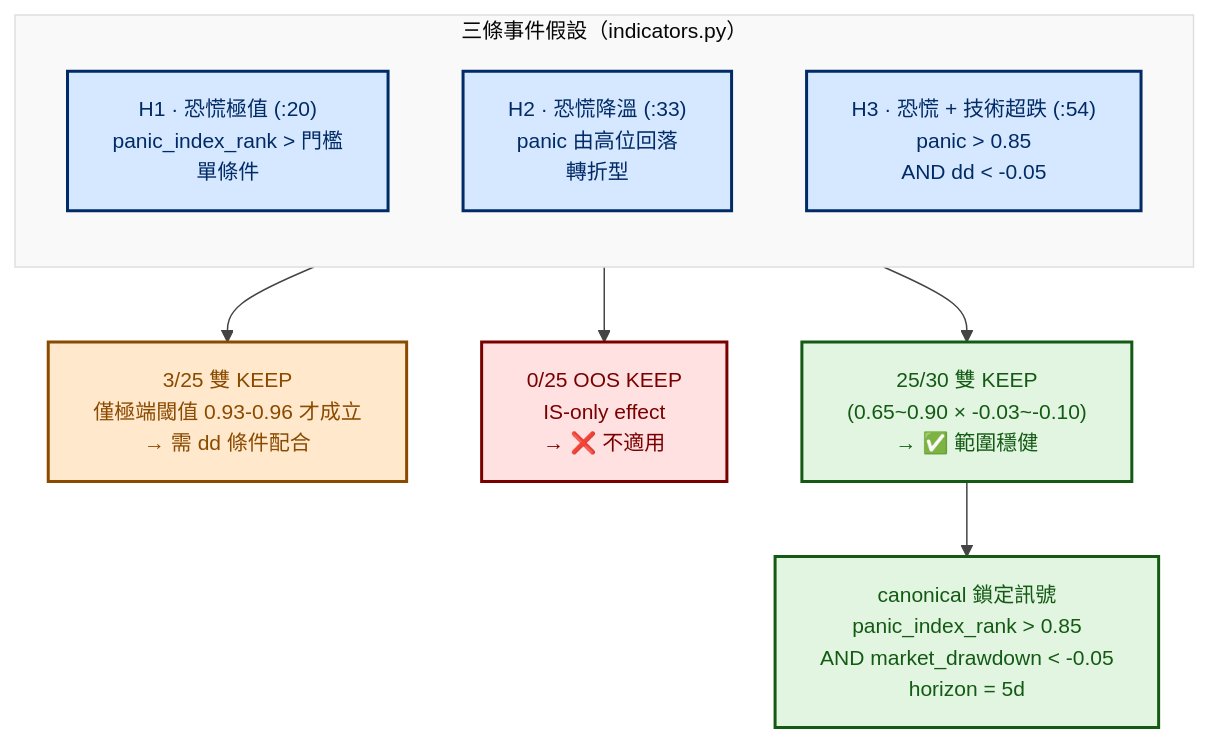
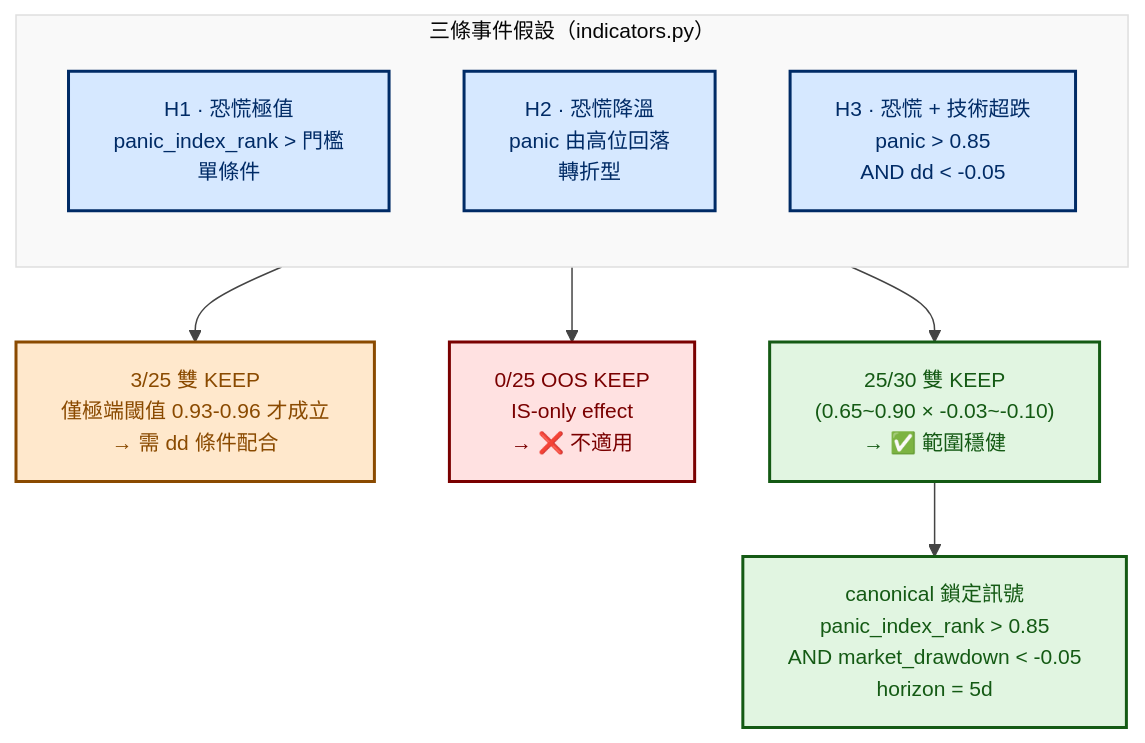
The second of 4 diagrams in flowcharts/market_risk_studies/fingpt_panic_rebound.md (Jang-jhih/quant-interview-prep), drawn with Mermaid before and after one commit. The commit also changed other lines of this file and 12 other files, not shown here.

````diff
--- a/flowcharts/market_risk_studies/fingpt_panic_rebound.md
+++ b/flowcharts/market_risk_studies/fingpt_panic_rebound.md
@@ -83,27 +83,27 @@
 ```mermaid
 %%{init: {'theme':'base', 'themeVariables': {'primaryColor':'#ececec','primaryTextColor':'#1a1a1a','primaryBorderColor':'#666666','lineColor':'#444444','fontSize':'14px'}}}%%
 flowchart TB
     classDef hyp fill:#d6e8ff,stroke:#002b66,stroke-width:2px,color:#002b66
     classDef keep fill:#e1f5e1,stroke:#145a14,stroke-width:2px,color:#145a14
     classDef discard fill:#ffe1e1,stroke:#7a0000,stroke-width:2px,color:#7a0000
     classDef partial fill:#ffe8cc,stroke:#8a4a00,stroke-width:2px,color:#8a4a00
 
     subgraph H["三條事件假設（indicators.py）"]
         direction TB
-        H1["H1 · 恐慌極值 (:20)<br/>panic_index_rank > 門檻<br/>單條件"]:::hyp
-        H2["H2 · 恐慌降溫 (:33)<br/>panic 由高位回落<br/>轉折型"]:::hyp
-        H3["H3 · 恐慌 + 技術超跌 (:54)<br/>panic > 0.85<br/>AND dd < -0.05"]:::hyp
+        H1["H1 · 恐慌極值<br/>panic_index_rank > 門檻<br/>單條件"]:::hyp
+        H2["H2 · 恐慌降溫<br/>panic 由高位回落<br/>轉折型"]:::hyp
+        H3["H3 · 恐慌 + 技術超跌<br/>panic > 0.85<br/>AND dd < -0.05"]:::hyp
     end
 
     R1["3/25 雙 KEEP<br/>僅極端閾值 0.93-0.96 才成立<br/>→ 需 dd 條件配合"]:::partial
     R2["0/25 OOS KEEP<br/>IS-only effect<br/>→ ❌ 不適用"]:::discard
     R3["25/30 雙 KEEP<br/>(0.65~0.90 × -0.03~-0.10)<br/>→ ✅ 範圍穩健"]:::keep
 
     H1 --> R1
     H2 --> R2
     H3 --> R3
 
     FINAL["canonical 鎖定訊號<br/>panic_index_rank > 0.85<br/>AND market_drawdown < -0.05<br/>horizon = 5d"]:::keep
 
     R3 --> FINAL
 ```
````
